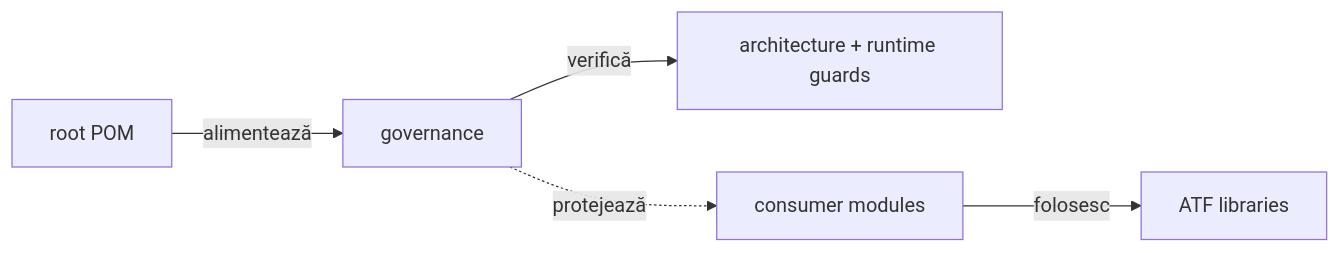
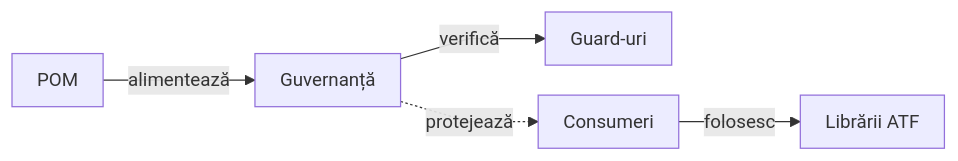
Before and after one commit to crististefanita/atf_j0: the diagram in atf-tests/README.md, drawn with Mermaid. The commit also changed other lines of this file and 97 other files, not shown here.

````diff
--- a/atf-tests/README.md
+++ b/atf-tests/README.md
@@ -10,7 +10,8 @@
 ```mermaid
+%%{init: {"themeVariables":{"fontSize":"15px"},"themeCSS":".nodeLabel, .nodeLabel p { font-size: 15px !important; line-height: 1.35 !important; } .edgeLabel, .edgeLabel p { font-size: 12px !important; font-weight: 400 !important; line-height: 1.2 !important; } .edgeLabel .labelBkg, .edgeLabel p { background: transparent !important; } .edgeLabel foreignObject { transform: translateY(-18px); overflow: visible; } .node rect { rx: 6px; ry: 6px; }","flowchart":{"curve":"linear","nodeSpacing":24,"rankSpacing":40,"padding":10,"diagramPadding":16}}}%%
 flowchart LR
-    Root["root POM"] -->|alimentează| Governance["governance"]
-    Governance -->|verifică| Checks["architecture + runtime guards"]
-    Governance -.->|protejează| Consumers["consumer modules"]
-    Consumers -->|folosesc| Libraries["ATF libraries"]
+    Root["POM"] -->|alimentează| Governance["Guvernanță"]
+    Governance -->|verifică| Checks["Guard-uri"]
+    Governance -.->|protejează| Consumers["Consumeri"]
+    Consumers -->|folosesc| Libraries["Librării ATF"]
 ```
````
